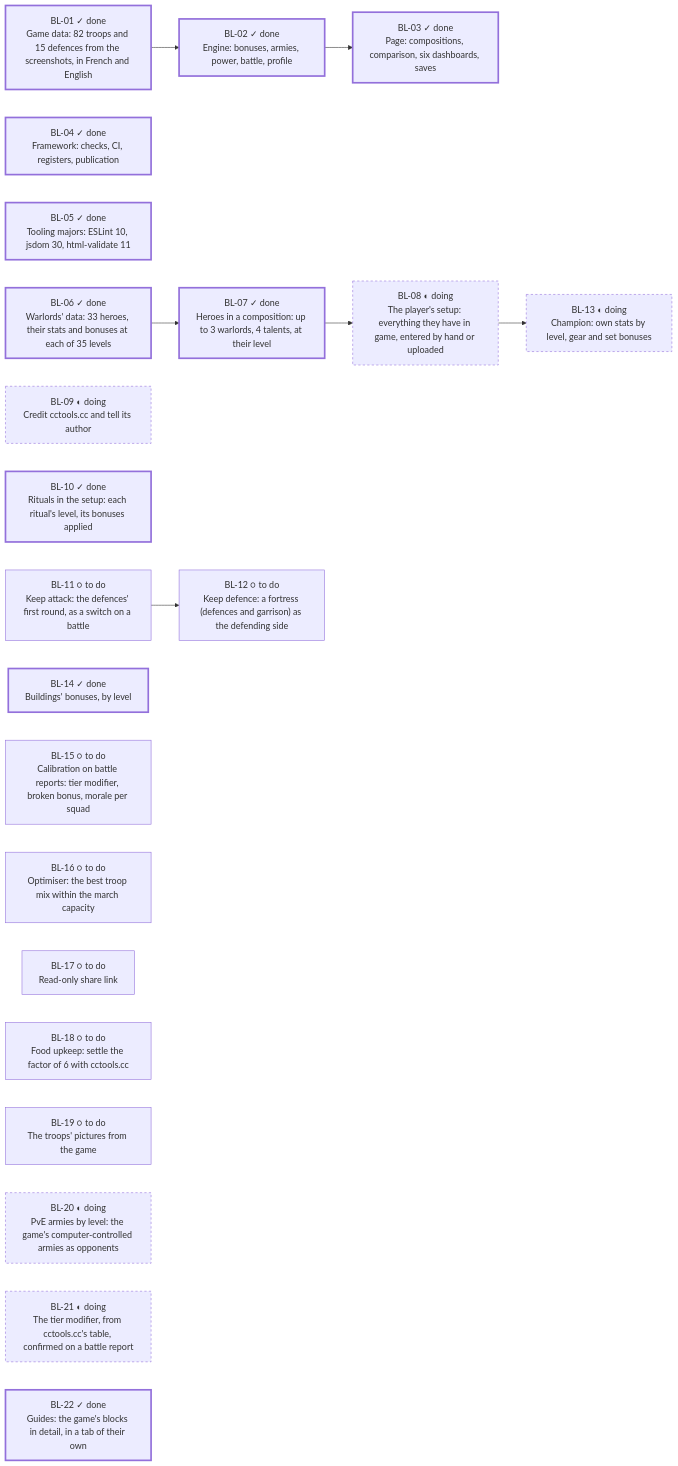
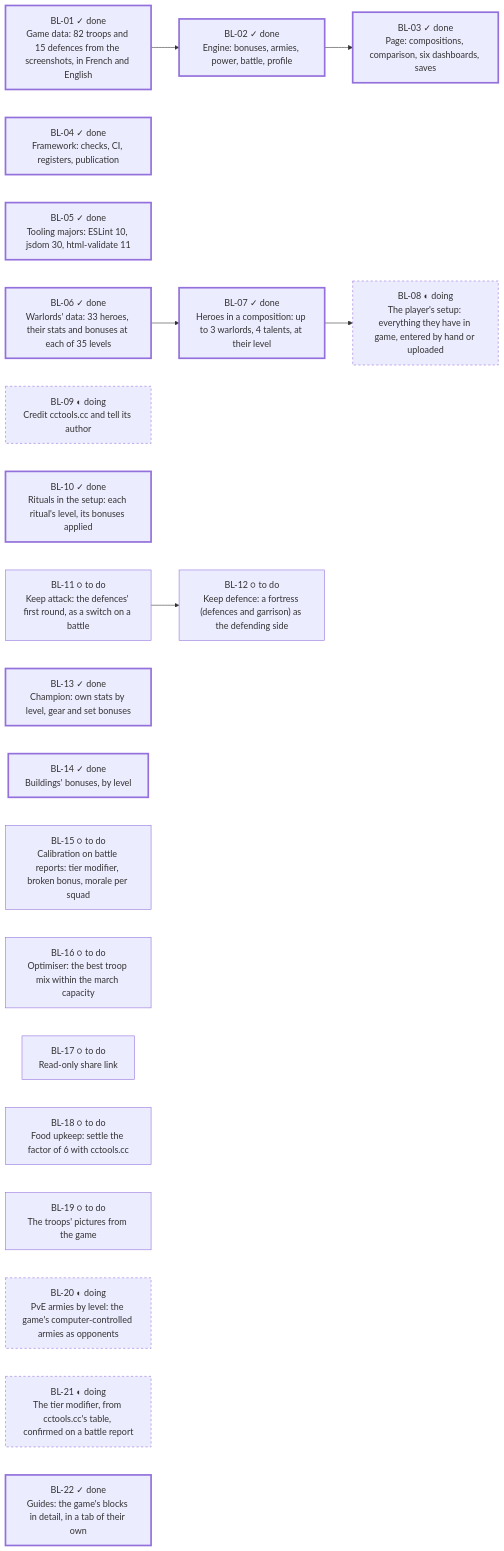
One commit to FrtZi/army-simulator changed the diagram in docs/backlog.md. Above: the diagram before and after it, drawn with Mermaid. The commit also changed other lines of this file and 37 other files, not shown here.

````diff
--- a/docs/backlog.md
+++ b/docs/backlog.md
@@ -41,34 +41,33 @@
 ```mermaid
 flowchart LR
   BL01["BL-01 ✓ done<br/>Game data: 82 troops and 15 defences from the screenshots, in French and English"]:::done
   BL02["BL-02 ✓ done<br/>Engine: bonuses, armies, power, battle, profile"]:::done
   BL01 --> BL02
   BL03["BL-03 ✓ done<br/>Page: compositions, comparison, six dashboards, saves"]:::done
   BL02 --> BL03
   BL04["BL-04 ✓ done<br/>Framework: checks, CI, registers, publication"]:::done
   BL05["BL-05 ✓ done<br/>Tooling majors: ESLint 10, jsdom 30, html-validate 11"]:::done
   BL06["BL-06 ✓ done<br/>Warlords' data: 33 heroes, their stats and bonuses at each of 35 levels"]:::done
   BL07["BL-07 ✓ done<br/>Heroes in a composition: up to 3 warlords, 4 talents, at their level"]:::done
   BL06 --> BL07
   BL08["BL-08 ◐ doing<br/>The player's setup: everything they have in game, entered by hand or uploaded"]:::doing
   BL07 --> BL08
   BL09["BL-09 ◐ doing<br/>Credit cctools.cc and tell its author"]:::doing
   BL10["BL-10 ✓ done<br/>Rituals in the setup: each ritual's level, its bonuses applied"]:::done
   BL11["BL-11 ○ to do<br/>Keep attack: the defences' first round, as a switch on a battle"]:::todo
   BL12["BL-12 ○ to do<br/>Keep defence: a fortress (defences and garrison) as the defending side"]:::todo
   BL11 --> BL12
-  BL13["BL-13 ◐ doing<br/>Champion: own stats by level, gear and set bonuses"]:::doing
-  BL08 --> BL13
+  BL13["BL-13 ✓ done<br/>Champion: own stats by level, gear and set bonuses"]:::done
   BL14["BL-14 ✓ done<br/>Buildings' bonuses, by level"]:::done
   BL15["BL-15 ○ to do<br/>Calibration on battle reports: tier modifier, broken bonus, morale per squad"]:::todo
   BL16["BL-16 ○ to do<br/>Optimiser: the best troop mix within the march capacity"]:::todo
   BL17["BL-17 ○ to do<br/>Read-only share link"]:::todo
   BL18["BL-18 ○ to do<br/>Food upkeep: settle the factor of 6 with cctools.cc"]:::todo
   BL19["BL-19 ○ to do<br/>The troops' pictures from the game"]:::todo
   BL20["BL-20 ◐ doing<br/>PvE armies by level: the game's computer-controlled armies as opponents"]:::doing
   BL21["BL-21 ◐ doing<br/>The tier modifier, from cctools.cc's table, confirmed on a battle report"]:::doing
   BL22["BL-22 ✓ done<br/>Guides: the game's blocks in detail, in a tab of their own"]:::done
   classDef done stroke-width:3px
   classDef doing stroke-dasharray:4
   classDef todo stroke-width:1px
 ```
````
